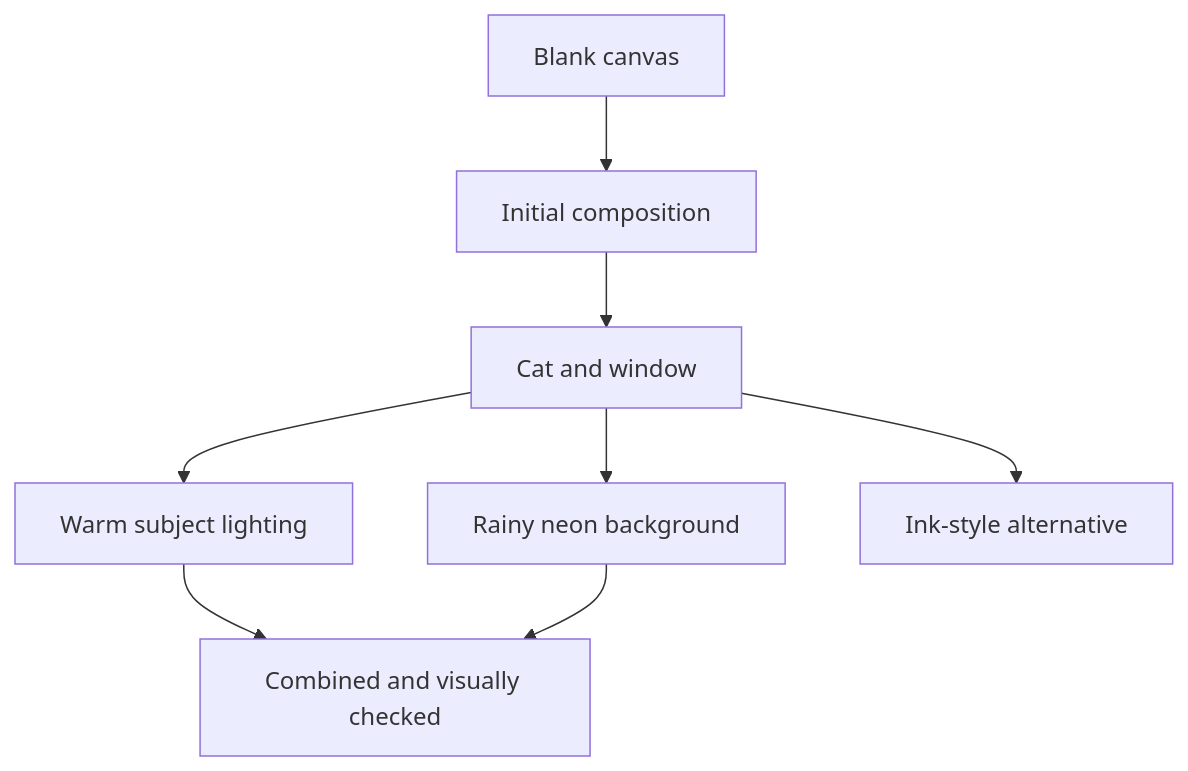
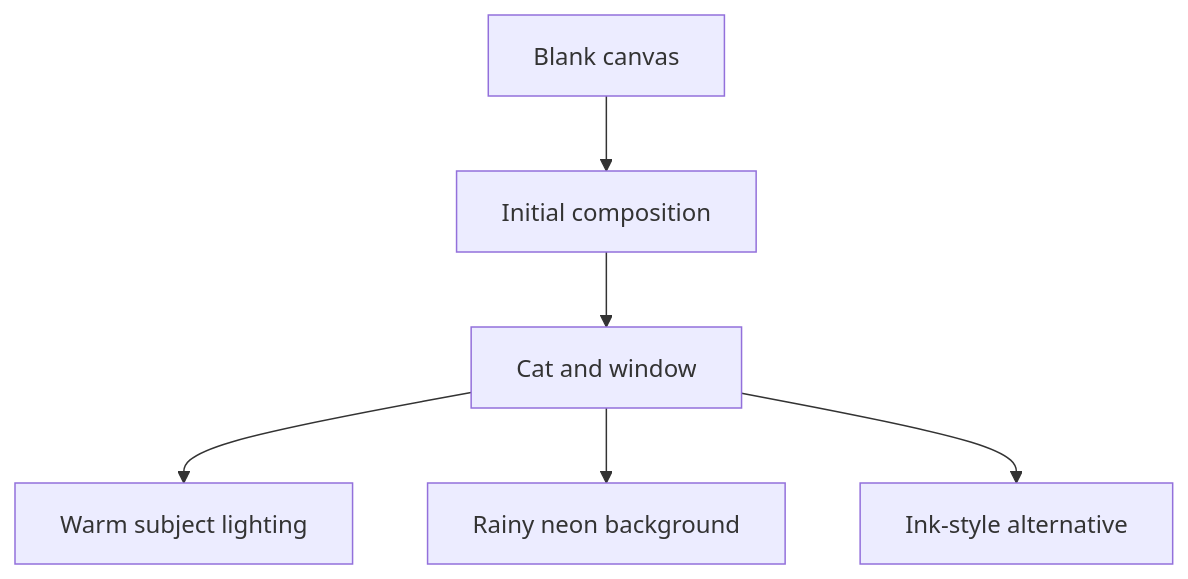
The second of 2 diagrams in examples/imagination/docs/design.md (gene-lang/gene-new), drawn with Mermaid before and after one commit. The commit also changed other lines of this file and 1 other file, not shown here.

````diff
--- a/examples/imagination/docs/design.md
+++ b/examples/imagination/docs/design.md
@@ -687,10 +713,8 @@
 ```mermaid
 flowchart TD
     R0["Blank canvas"] --> R1["Initial composition"]
     R1 --> R2["Cat and window"]
     R2 --> A["Warm subject lighting"]
     R2 --> B["Rainy neon background"]
-    A --> M["Combined and visually checked"]
-    B --> M
     R2 --> C["Ink-style alternative"]
 ```
````
